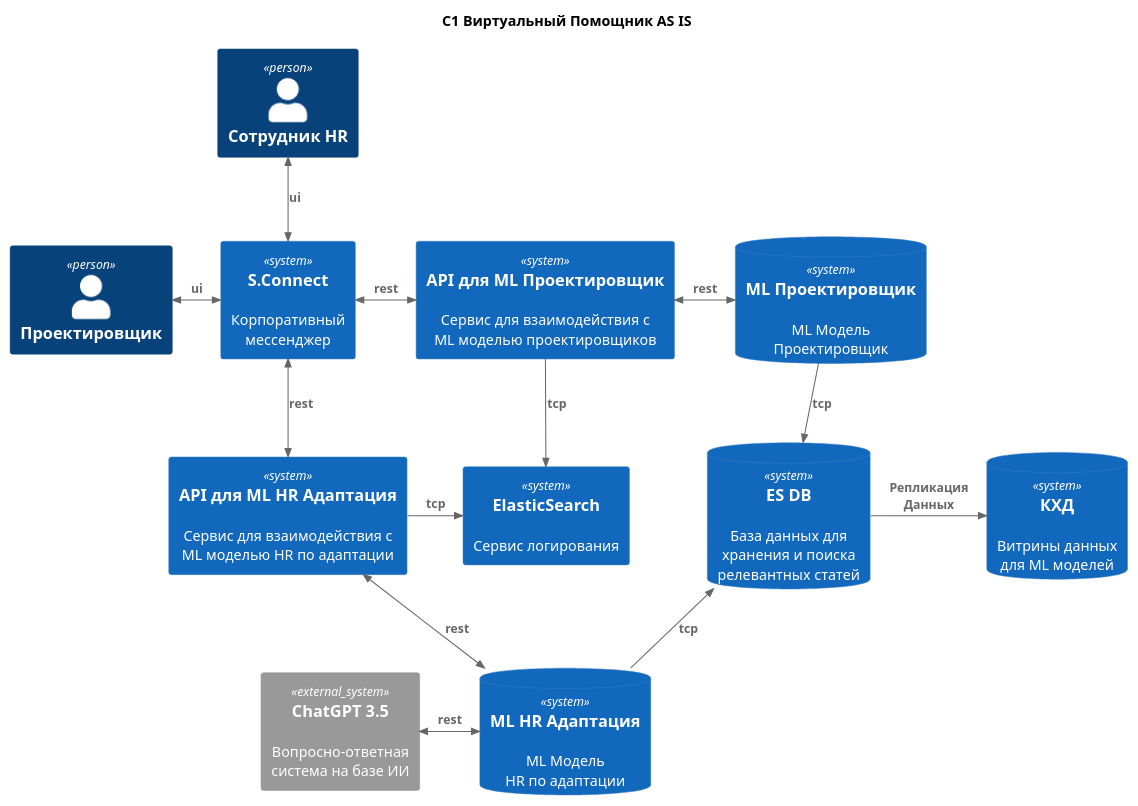
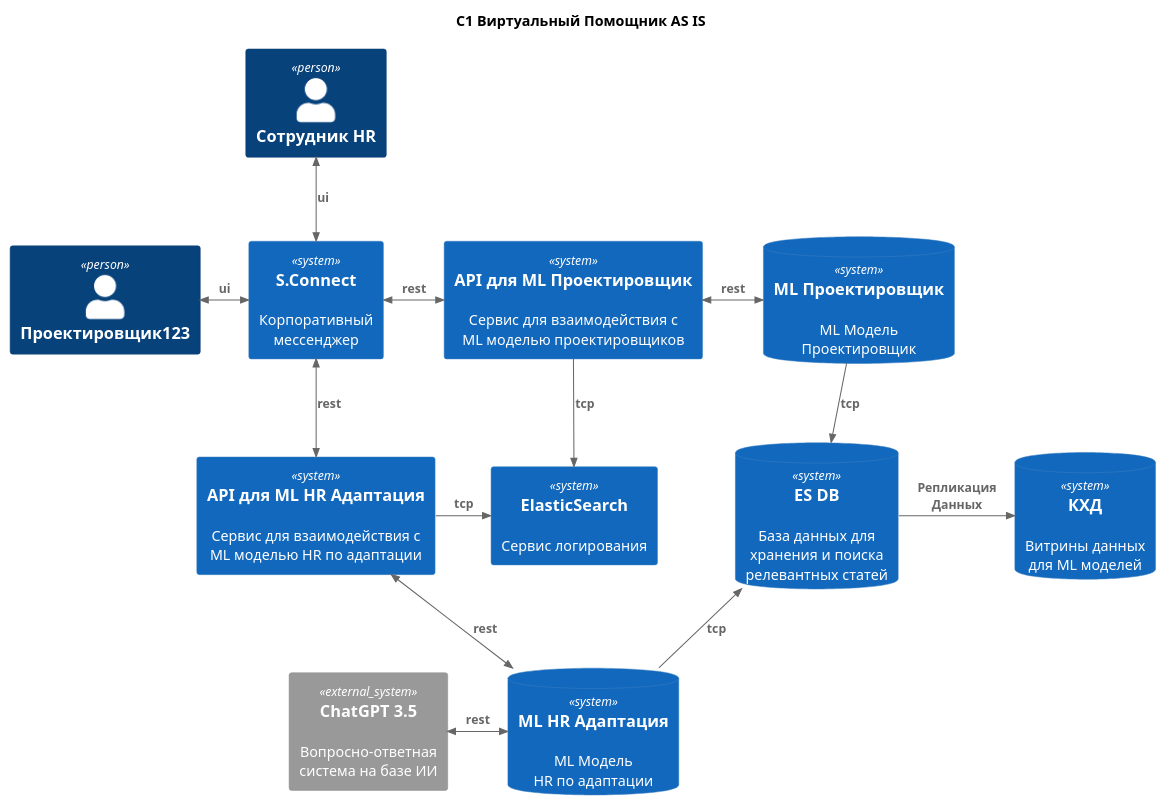
Before and after one commit to blogin/c4_base: the diagram in system/test.puml, drawn with PlantUML.

```diff
--- a/system/test.puml
+++ b/system/test.puml
@@ -1,42 +1,42 @@
 @startuml
 !include https://raw.githubusercontent.com/plantuml-stdlib/C4-PlantUML/master/C4_Context.puml
 
 skinparam wrapWidth 250
 LAYOUT_TOP_DOWN()
 
 title "C1 Виртуальный Помощник AS IS"
 
-Person(plan_user, "Проектировщик")
+Person(plan_user, "Проектировщик123")
 Person(hr_user, "Сотрудник HR")
 
 System(rocket, "S.Connect", "Корпоративный\nмессенджер") 
 System(api1, "API для МL Проектировщик", "Сервис для взаимодействия с\nML моделью проектировщиков") 
 System(api2, "API для МL HR Адаптация", "Сервис для взаимодействия с\nML моделью HR по адаптации") 
 System(elastic, "ElasticSearch", "Сервис логирования") 
 
 System_Ext(gpt, "ChatGPT 3.5", "Вопросно-ответная\nсистема на базе ИИ") 
 
 SystemDb(ml_planner, "ML Проектировщик", "ML Модель\nПроектировщик") 
 SystemDb(ml_hr, "ML HR Адаптация", "ML Модель\nHR по адаптации") 
 SystemDb(khd, "КХД", "Витрины данных\nдля МL моделей") 
 SystemDb(es, "ES DB", "База данных для\nхранения и поиска\nрелевантных статей") 
 
 
 BiRel_R(plan_user, rocket, "ui")
 BiRel_D(hr_user, rocket, "ui")
 
 BiRel_R(rocket, api1, "rest")
 BiRel_D(rocket, api2, "rest")
 Rel_D(api1, elastic, "tcp")
 Rel_R(api2, elastic, "tcp")
 
 BiRel_R(api1, ml_planner, "rest")
 BiRel_D(api2, ml_hr, "rest")
 
 BiRel_L(ml_hr, gpt, "rest")
 Rel_D(ml_planner,es, "tcp")
 Rel_L(ml_hr,es, "tcp")
 Rel_R(es,khd, "Репликация\nДанных")
 
 
 @enduml
```
